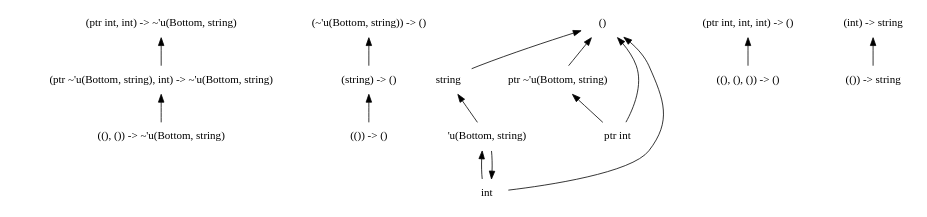
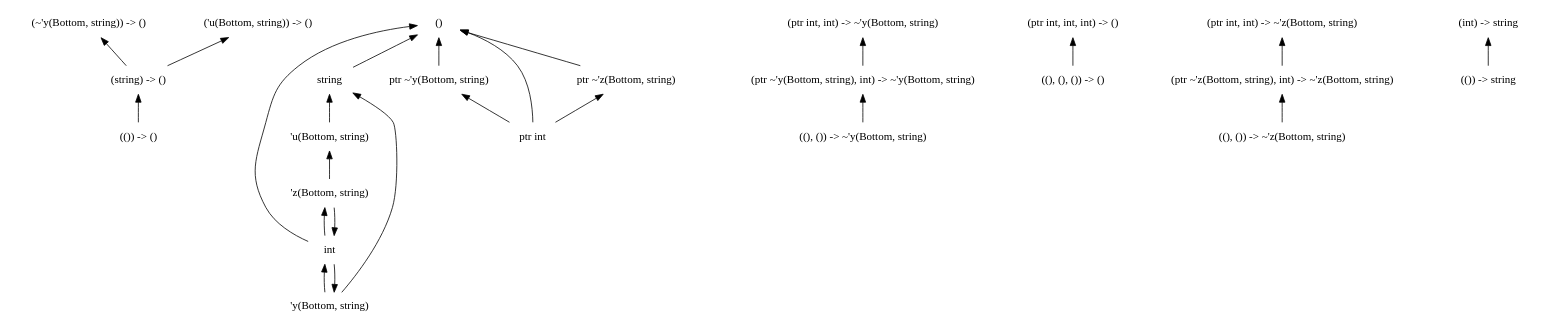
One commit to chocobo333/regino changed the diagram in dots/16.dot. Above: the diagram before and after it, drawn with Graphviz. The commit also changed 29 other files, not shown here.

```diff
--- a/dots/16.dot
+++ b/dots/16.dot
@@ -1,41 +1,57 @@
 digraph order {
   graph [
     size = "30,10"
     ];
   node [
     shape = none
     ];
   edge [
     dir = back
     ];
-  "(ptr int, int) -> ~'u(Bottom, string)"
   "(string) -> ()"
   "(()) -> ()"
   "string"
-  "((), ()) -> ~'u(Bottom, string)"
-  "(ptr ~'u(Bottom, string), int) -> ~'u(Bottom, string)"
   "'u(Bottom, string)"
-  "ptr ~'u(Bottom, string)"
+  "(ptr ~'y(Bottom, string), int) -> ~'y(Bottom, string)"
   "(ptr int, int, int) -> ()"
   "()"
+  "(ptr int, int) -> ~'z(Bottom, string)"
+  "((), ()) -> ~'z(Bottom, string)"
+  "'z(Bottom, string)"
+  "(~'y(Bottom, string)) -> ()"
+  "'y(Bottom, string)"
+  "(ptr int, int) -> ~'y(Bottom, string)"
+  "(ptr ~'z(Bottom, string), int) -> ~'z(Bottom, string)"
   "ptr int"
   "((), (), ()) -> ()"
+  "ptr ~'z(Bottom, string)"
   "(()) -> string"
-  "(~'u(Bottom, string)) -> ()"
+  "('u(Bottom, string)) -> ()"
   "(int) -> string"
+  "ptr ~'y(Bottom, string)"
   "int"
-  "(ptr int, int) -> ~'u(Bottom, string)" -> "(ptr ~'u(Bottom, string), int) -> ~'u(Bottom, string)"
+  "((), ()) -> ~'y(Bottom, string)"
+  "(ptr int, int) -> ~'z(Bottom, string)" -> "(ptr ~'z(Bottom, string), int) -> ~'z(Bottom, string)"
   "(string) -> ()" -> "(()) -> ()"
+  "'z(Bottom, string)" -> "int"
+  "(~'y(Bottom, string)) -> ()" -> "(string) -> ()"
+  "(ptr int, int) -> ~'y(Bottom, string)" -> "(ptr ~'y(Bottom, string), int) -> ~'y(Bottom, string)"
+  "'y(Bottom, string)" -> "int"
   "string" -> "'u(Bottom, string)"
-  "(~'u(Bottom, string)) -> ()" -> "(string) -> ()"
-  "(ptr ~'u(Bottom, string), int) -> ~'u(Bottom, string)" -> "((), ()) -> ~'u(Bottom, string)"
+  "string" -> "'y(Bottom, string)"
+  "(ptr ~'z(Bottom, string), int) -> ~'z(Bottom, string)" -> "((), ()) -> ~'z(Bottom, string)"
+  "ptr ~'z(Bottom, string)" -> "ptr int"
+  "('u(Bottom, string)) -> ()" -> "(string) -> ()"
   "(int) -> string" -> "(()) -> string"
-  "'u(Bottom, string)" -> "int"
-  "ptr ~'u(Bottom, string)" -> "ptr int"
+  "'u(Bottom, string)" -> "'z(Bottom, string)"
+  "(ptr ~'y(Bottom, string), int) -> ~'y(Bottom, string)" -> "((), ()) -> ~'y(Bottom, string)"
+  "ptr ~'y(Bottom, string)" -> "ptr int"
   "(ptr int, int, int) -> ()" -> "((), (), ()) -> ()"
-  "int" -> "'u(Bottom, string)"
+  "int" -> "'y(Bottom, string)"
+  "int" -> "'z(Bottom, string)"
   "()" -> "string"
-  "()" -> "ptr ~'u(Bottom, string)"
+  "()" -> "ptr ~'z(Bottom, string)"
+  "()" -> "ptr ~'y(Bottom, string)"
   "()" -> "int"
   "()" -> "ptr int"
 }
```
